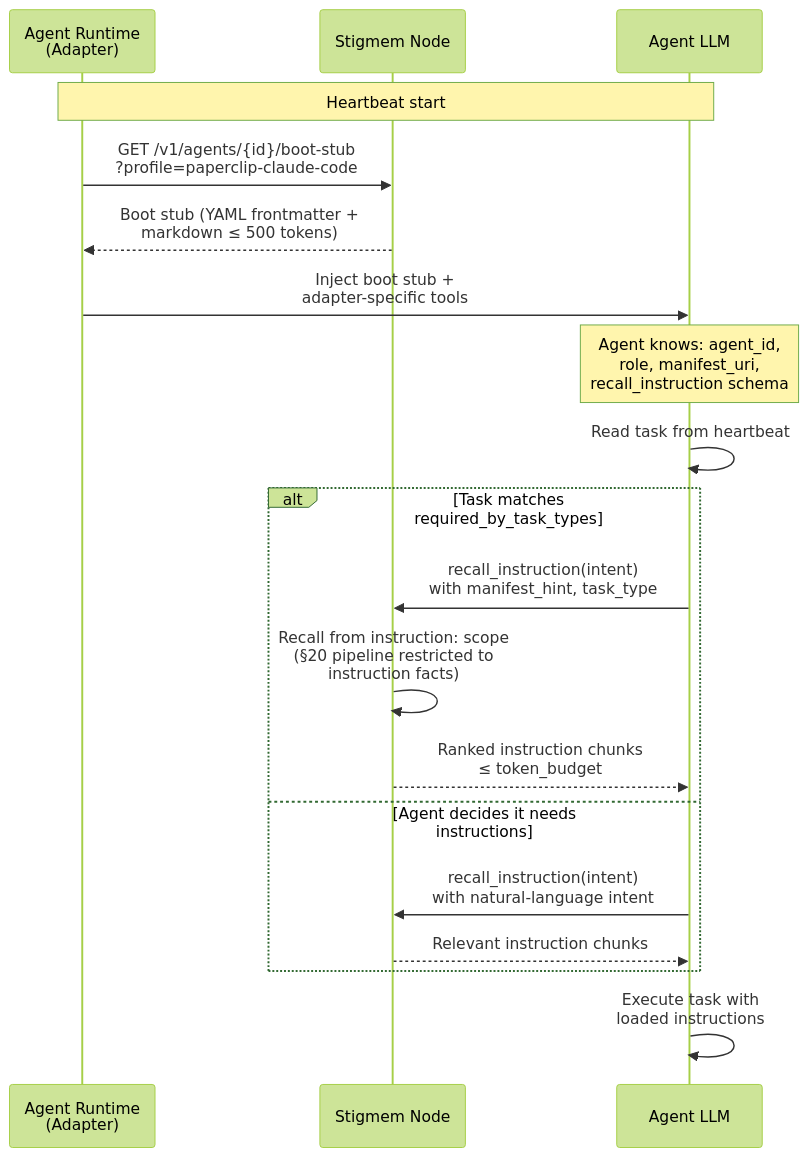
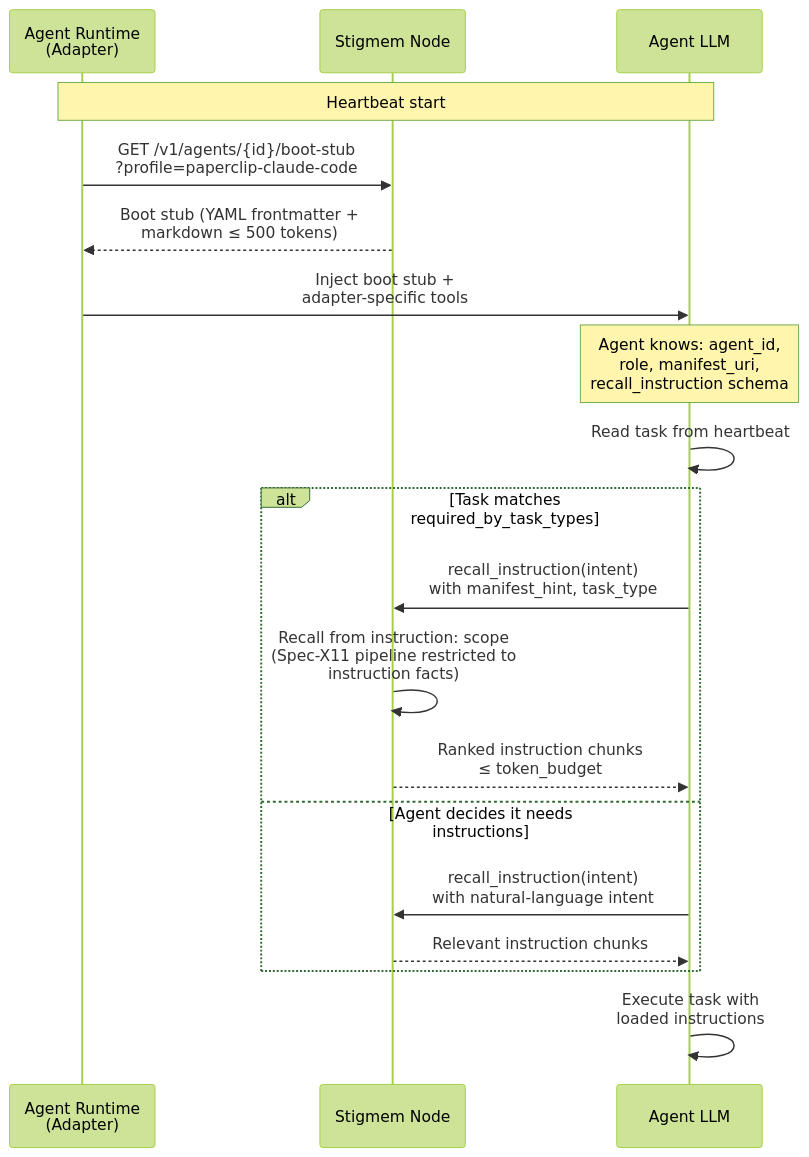
Before and after one commit to eidetic-labs/stigmem: the first of 2 diagrams in docs/docs/reference/architecture/lazy-instruction-boot.md, drawn with Mermaid (forest theme). The commit also changed other lines of this file and 19 other files, not shown here.

````diff
--- a/docs/docs/reference/architecture/lazy-instruction-boot.md
+++ b/docs/docs/reference/architecture/lazy-instruction-boot.md
@@ -17,28 +17,28 @@
 ```mermaid
 sequenceDiagram
     participant Runtime as Agent Runtime<br/>(Adapter)
     participant Node as Stigmem Node
     participant Agent as Agent LLM
 
     Note over Runtime,Agent: Heartbeat start
 
     Runtime->>Node: GET /v1/agents/{id}/boot-stub<br/>?profile=paperclip-claude-code
     Node-->>Runtime: Boot stub (YAML frontmatter +<br/>markdown ≤ 500 tokens)
 
     Runtime->>Agent: Inject boot stub +<br/>adapter-specific tools
 
     Note over Agent: Agent knows: agent_id,<br/>role, manifest_uri,<br/>recall_instruction schema
 
     Agent->>Agent: Read task from heartbeat
 
     alt Task matches required_by_task_types
         Agent->>Node: recall_instruction(intent)<br/>with manifest_hint, task_type
-        Node->>Node: Recall from instruction: scope<br/>(§20 pipeline restricted to<br/>instruction facts)
+        Node->>Node: Recall from instruction: scope<br/>(Spec-X11 pipeline restricted to<br/>instruction facts)
         Node-->>Agent: Ranked instruction chunks<br/>≤ token_budget
     else Agent decides it needs instructions
         Agent->>Node: recall_instruction(intent)<br/>with natural-language intent
         Node-->>Agent: Relevant instruction chunks
     end
 
     Agent->>Agent: Execute task with<br/>loaded instructions
 ```
````
